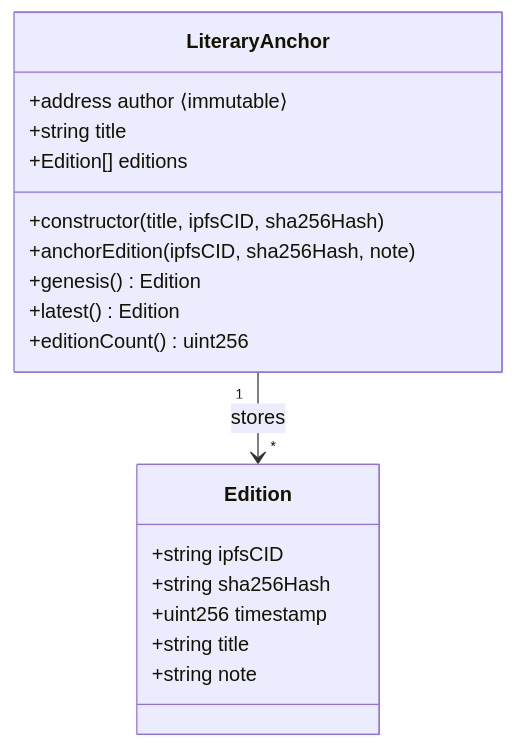
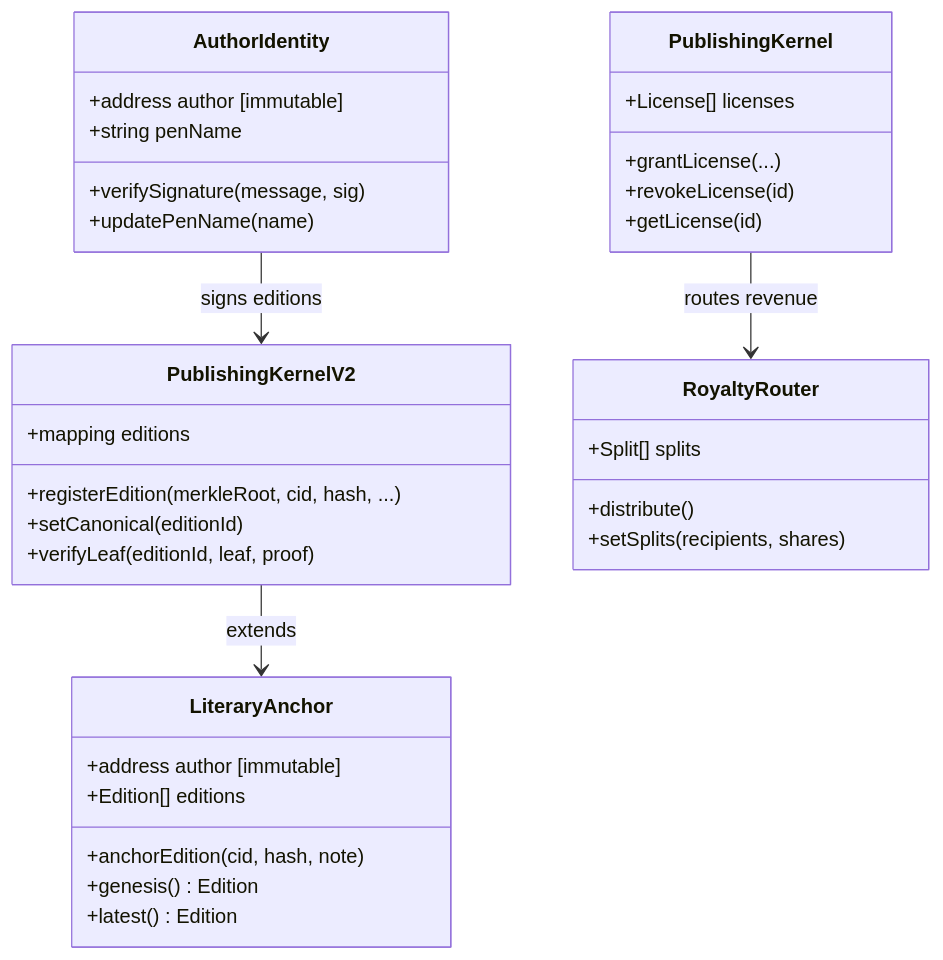
The third of 4 diagrams in README.md (FTHTrading/2500-donkeys), drawn with Mermaid before and after one commit. The commit also changed other lines of this file and 2 other files, not shown here.

````diff
--- a/README.md
+++ b/README.md
@@ -137,21 +186,37 @@
 ```mermaid
 classDiagram
     class LiteraryAnchor {
-        +address author ⟨immutable⟩
-        +string title
+        +address author [immutable]
         +Edition[] editions
-        +constructor(title, ipfsCID, sha256Hash)
-        +anchorEdition(ipfsCID, sha256Hash, note)
+        +anchorEdition(cid, hash, note)
         +genesis() Edition
         +latest() Edition
-        +editionCount() uint256
     }
-    class Edition {
-        +string ipfsCID
-        +string sha256Hash
-        +uint256 timestamp
-        +string title
-        +string note
+    class PublishingKernel {
+        +License[] licenses
+        +grantLicense(...)
+        +revokeLicense(id)
+        +getLicense(id)
     }
-    LiteraryAnchor "1" --> "*" Edition : stores
+    class PublishingKernelV2 {
+        +mapping editions
+        +registerEdition(merkleRoot, cid, hash, ...)
+        +setCanonical(editionId)
+        +verifyLeaf(editionId, leaf, proof)
+    }
+    class RoyaltyRouter {
+        +Split[] splits
+        +distribute()
+        +setSplits(recipients, shares)
+    }
+    class AuthorIdentity {
+        +address author [immutable]
+        +string penName
+        +verifySignature(message, sig)
+        +updatePenName(name)
+    }
+
+    PublishingKernelV2 --> LiteraryAnchor : extends
+    PublishingKernel --> RoyaltyRouter : routes revenue
+    AuthorIdentity --> PublishingKernelV2 : signs editions
 ```
````
